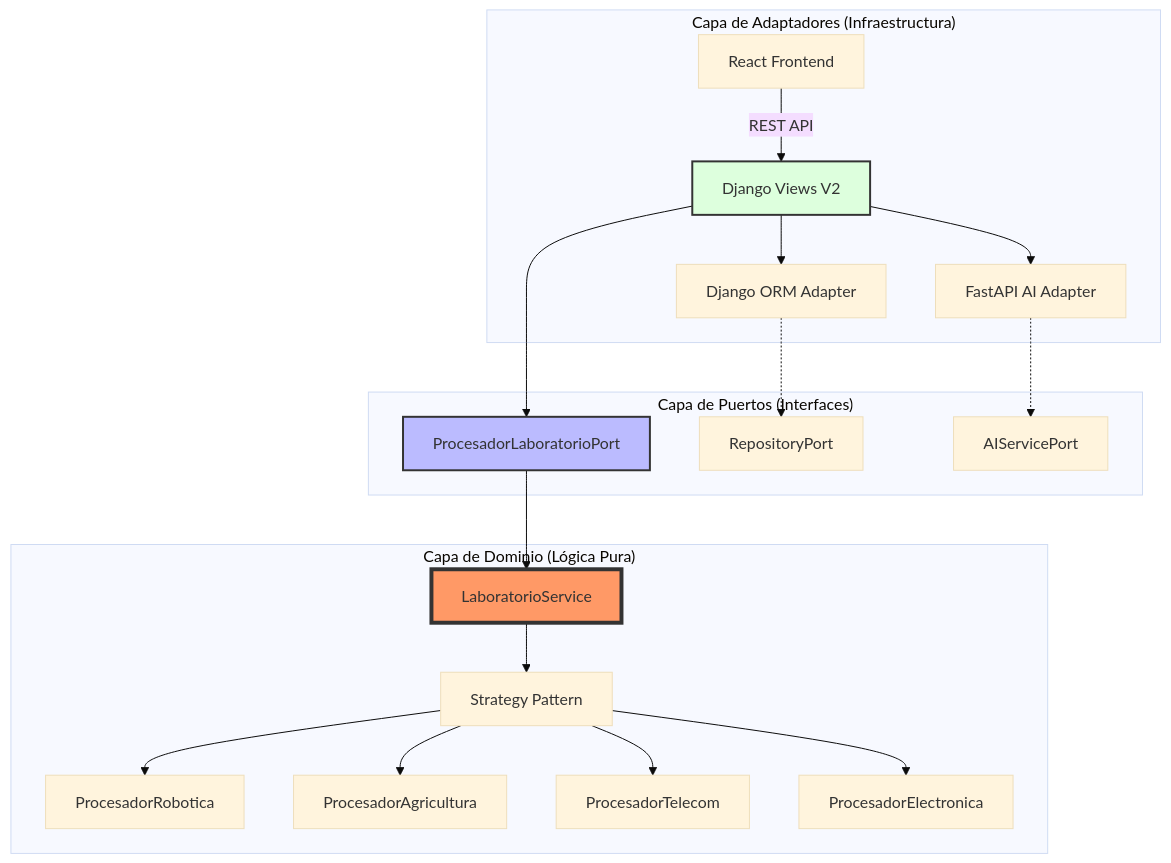
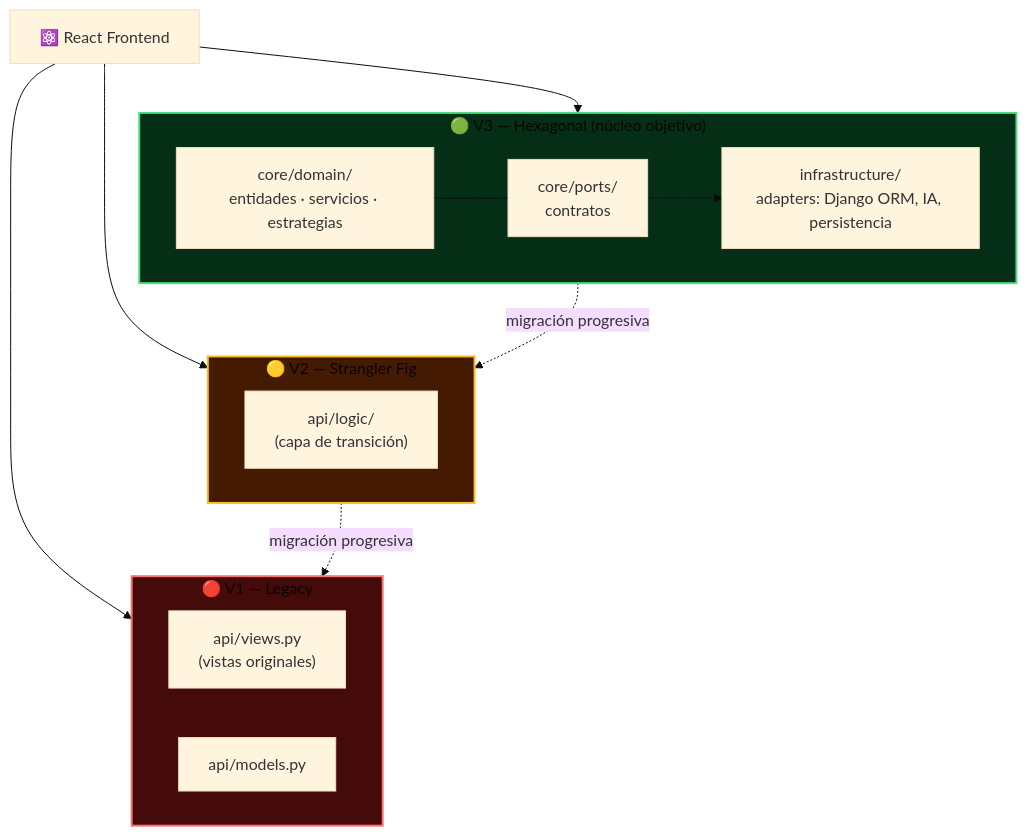
The third of 5 diagrams in README.md (badolgm/sigcTiArural), drawn with Mermaid (base theme) before and after one commit. The commit also changed other lines of this file and 1 other file, not shown here.

````diff
--- a/README.md
+++ b/README.md
@@ -198,27 +235,30 @@
 ```mermaid
-graph TD
-    subgraph "Capa de Adaptadores (Infraestructura)"
-        UI[React Frontend] -->|REST API| Views[Django Views V2]
-        Views --> DB_Adap[Django ORM Adapter]
-        Views --> AI_Adap[FastAPI AI Adapter]
+flowchart TB
+    Frontend["⚛️ React Frontend"] --> V1
+    Frontend --> V2
+    Frontend --> V3
+
+    subgraph V1["🔴 V1 — Legacy"]
+        V1views["api/views.py<br/>(vistas originales)"]
+        V1models["api/models.py"]
     end
 
-    subgraph "Capa de Puertos (Interfaces)"
-        Views --> Lab_Port[ProcesadorLaboratorioPort]
-        DB_Adap -.-> Repo_Port[RepositoryPort]
-        AI_Adap -.-> AI_Port[AIServicePort]
+    subgraph V2["🟡 V2 — Strangler Fig"]
+        V2logic["api/logic/<br/>(capa de transición)"]
     end
 
-    subgraph "Capa de Dominio (Lógica Pura)"
-        Lab_Port --> Service[LaboratorioService]
-        Service --> Strategy[Strategy Pattern]
-        Strategy --> Robotica[ProcesadorRobotica]
-        Strategy --> Agricultura[ProcesadorAgricultura]
-        Strategy --> Telecom[ProcesadorTelecom]
-        Strategy --> Electronica[ProcesadorElectronica]
+    subgraph V3["🟢 V3 — Hexagonal (núcleo objetivo)"]
+        Domain["core/domain/<br/>entidades · servicios · estrategias"]
+        Ports["core/ports/<br/>contratos"]
+        Infra["infrastructure/<br/>adapters: Django ORM, IA, persistencia"]
+        Domain --- Ports
+        Ports -.-> Infra
     end
 
-    style Service fill:#f96,stroke:#333,stroke-width:4px
-    style Lab_Port fill:#bbf,stroke:#333,stroke-width:2px
-    style Views fill:#dfd,stroke:#333,stroke-width:2px
+    V3 -.->|"migración progresiva"| V2
+    V2 -.->|"migración progresiva"| V1
+
+    style V1 fill:#450a0a,stroke:#f87171,stroke-width:2px
+    style V2 fill:#451a03,stroke:#fbbf24,stroke-width:2px
+    style V3 fill:#052e16,stroke:#4ade80,stroke-width:2px
 ```
````
